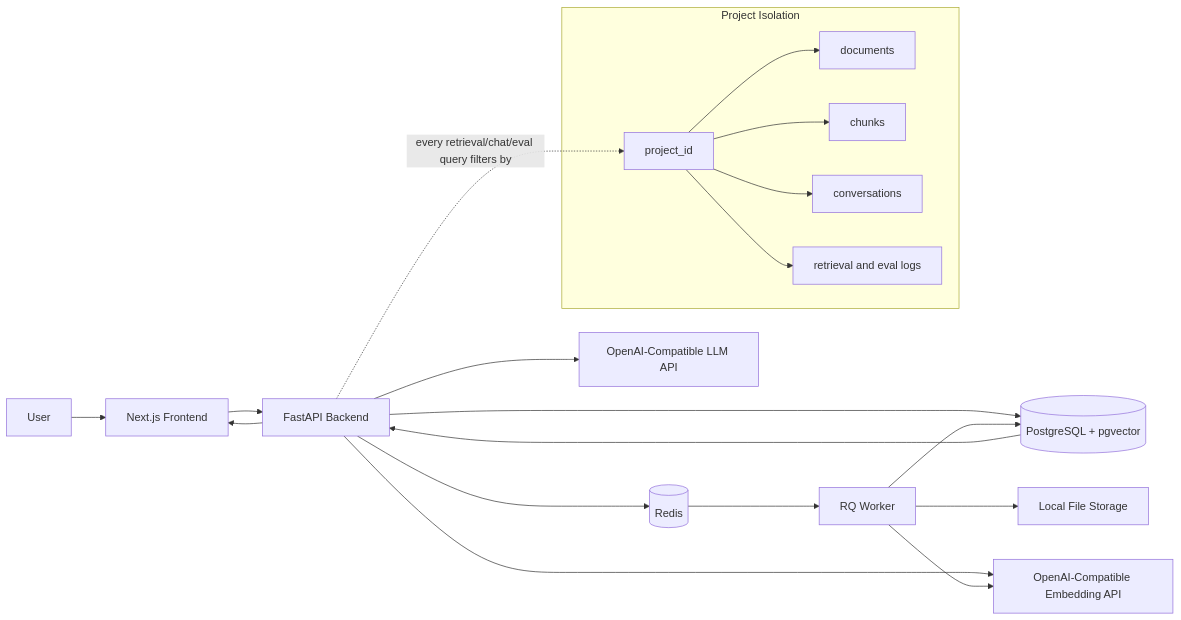
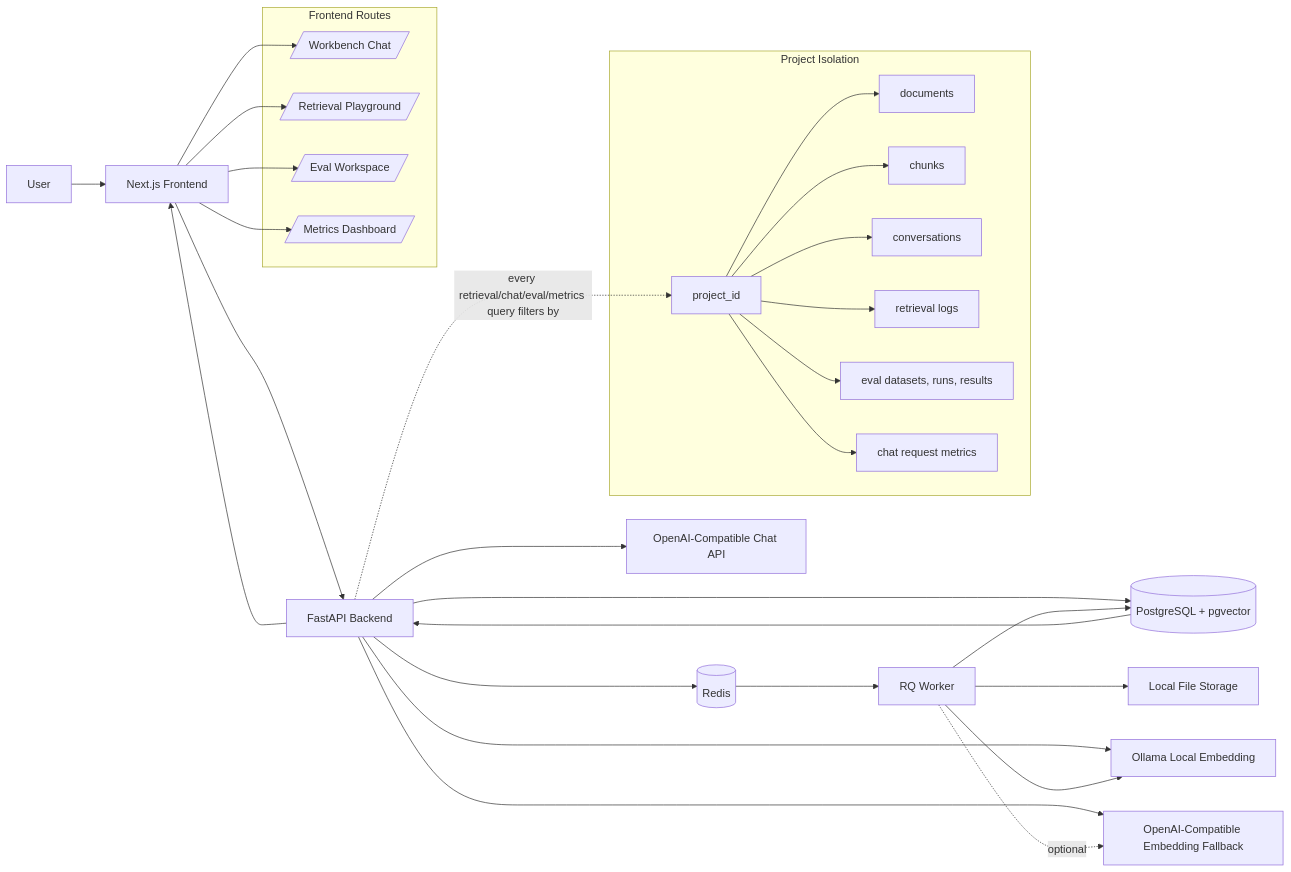
Before and after one commit to Jeddy-PAN/RAG-Platform-4LS: the diagram in docs/superpowers/diagrams/overall-runtime-architecture.mmd, drawn with Mermaid. The commit also changed 8 other files, not shown here.

```diff
--- a/docs/superpowers/diagrams/overall-runtime-architecture.mmd
+++ b/docs/superpowers/diagrams/overall-runtime-architecture.mmd
@@ -1,30 +1,48 @@
 flowchart LR
     User[User] --> Web[Next.js Frontend]
     Web --> API[FastAPI Backend]
 
     API --> DB[(PostgreSQL + pgvector)]
     API --> Redis[(Redis)]
-    API --> LLM[OpenAI-Compatible LLM API]
-    API --> Embedding[OpenAI-Compatible Embedding API]
+    API --> LLM[OpenAI-Compatible Chat API]
+    API --> EmbedLocal[Ollama Local Embedding]
+    API --> EmbedCloud[OpenAI-Compatible Embedding Fallback]
 
     Redis --> Worker[RQ Worker]
     Worker --> Storage[Local File Storage]
     Worker --> DB
-    Worker --> Embedding
+    Worker --> EmbedLocal
+    Worker -. optional .-> EmbedCloud
 
     DB --> API
     API --> Web
+
+    subgraph FrontendRoutes[Frontend Routes]
+        Home[/Workbench Chat/]
+        Retrieval[/Retrieval Playground/]
+        Eval[/Eval Workspace/]
+        Metrics[/Metrics Dashboard/]
+    end
+
+    Web --> Home
+    Web --> Retrieval
+    Web --> Eval
+    Web --> Metrics
 
     subgraph ProjectIsolation[Project Isolation]
         ProjectID[project_id]
         Docs[documents]
         Chunks[chunks]
         Conversations[conversations]
-        Logs[retrieval and eval logs]
+        Logs[retrieval logs]
+        EvalRows[eval datasets, runs, results]
+        ChatMetrics[chat request metrics]
         ProjectID --> Docs
         ProjectID --> Chunks
         ProjectID --> Conversations
         ProjectID --> Logs
+        ProjectID --> EvalRows
+        ProjectID --> ChatMetrics
     end
 
-    API -. every retrieval/chat/eval query filters by .-> ProjectID
+    API -. every retrieval/chat/eval/metrics query filters by .-> ProjectID
```
